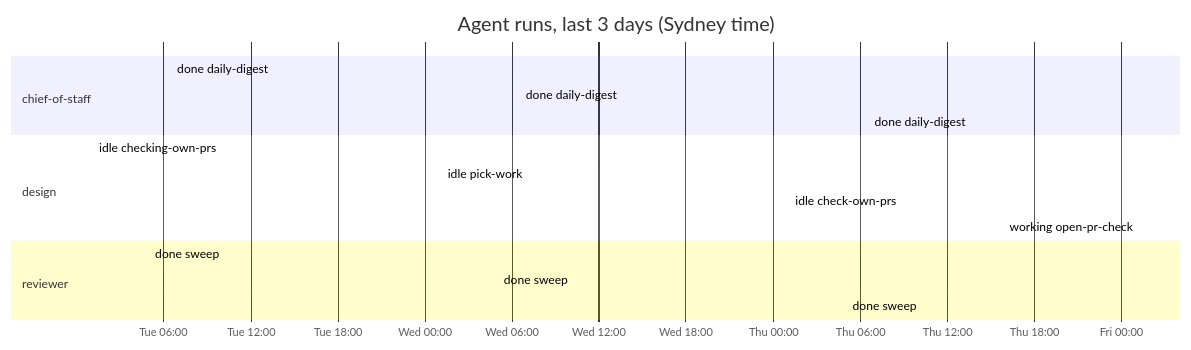
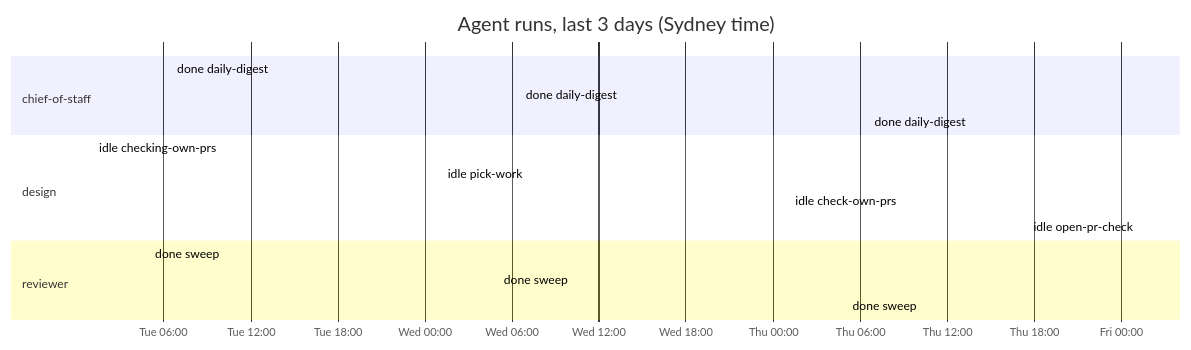
The diagram in dashboard.md (roulmediateam-byte/fifteen-expert-hq), drawn with Mermaid before and after one commit. The commit also changed other lines of this file and 1 other file, not shown here.

Commit message:
Mission control 2026-11-19T14:12Z

````diff
--- a/dashboard.md
+++ b/dashboard.md
@@ -46,19 +46,19 @@
 ```mermaid
 gantt
     title Agent runs, last 3 days (Sydney time)
     dateFormat YYYY-MM-DD HH:mm
     axisFormat %a %H:%M
     section chief-of-staff
     done daily-digest :done, 2026-11-17 06:35, 2026-11-17 06:36
     done daily-digest :done, 2026-11-18 06:35, 2026-11-18 06:36
     done daily-digest :done, 2026-11-19 06:35, 2026-11-19 06:36
     section design
     idle checking-own-prs :done, 2026-11-17 01:12, 2026-11-17 01:12
     idle pick-work :done, 2026-11-18 01:11, 2026-11-18 01:11
     idle check-own-prs :done, 2026-11-19 01:10, 2026-11-19 01:11
-    working open-pr-check :active, 2026-11-20 01:10, 2026-11-20 01:11
+    idle open-pr-check :done, 2026-11-20 01:10, 2026-11-20 01:11
     section reviewer
     done sweep :done, 2026-11-17 05:05, 2026-11-17 05:05
     done sweep :done, 2026-11-18 05:04, 2026-11-18 05:05
     done sweep :done, 2026-11-19 05:04, 2026-11-19 05:05
 ```
````
